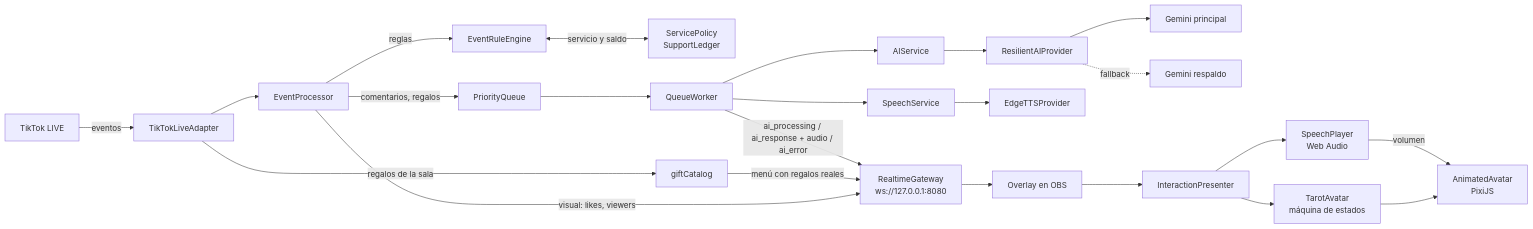
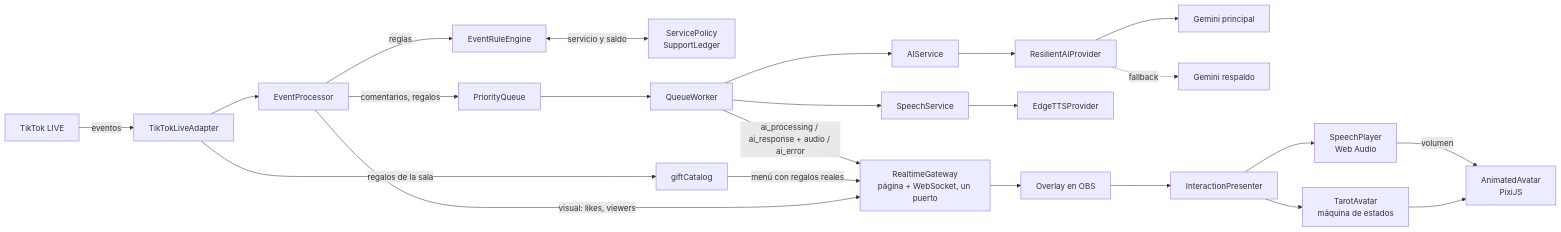
Before and after one commit to rslcia11/GeneradorAutomaticoLivesTiktok: the diagram in README.md, drawn with Mermaid. The commit also changed other lines of this file and 24 other files, not shown here.

````diff
--- a/README.md
+++ b/README.md
@@ -160,25 +158,25 @@
 ```mermaid
 flowchart LR
     TT[TikTok LIVE] -->|eventos| AD[TikTokLiveAdapter]
     AD --> EP[EventProcessor]
     EP -->|reglas| RE[EventRuleEngine]
     EP -->|visual: likes, viewers| GW
     EP -->|comentarios, regalos| Q[PriorityQueue]
     RE <-->|servicio y saldo| SV[ServicePolicy<br/>SupportLedger]
     AD -->|regalos de la sala| GC[giftCatalog]
     GC -->|menú con regalos reales| GW
     Q --> W[QueueWorker]
     W --> AI[AIService]
     AI --> RP[ResilientAIProvider]
     RP --> G1[Gemini principal]
     RP -.fallback.-> G2[Gemini respaldo]
     W --> SS[SpeechService]
     SS --> TTS[EdgeTTSProvider]
-    W -->|ai_processing / ai_response + audio / ai_error| GW[RealtimeGateway<br/>ws://127.0.0.1:8080]
+    W -->|ai_processing / ai_response + audio / ai_error| GW[RealtimeGateway<br/>página + WebSocket, un puerto]
     GW --> OV[Overlay en OBS]
     OV --> IP[InteractionPresenter]
     IP --> TA[TarotAvatar<br/>máquina de estados]
     IP --> SP[SpeechPlayer<br/>Web Audio]
     TA --> AA[AnimatedAvatar<br/>PixiJS]
     SP -->|volumen| AA
 ```
````
